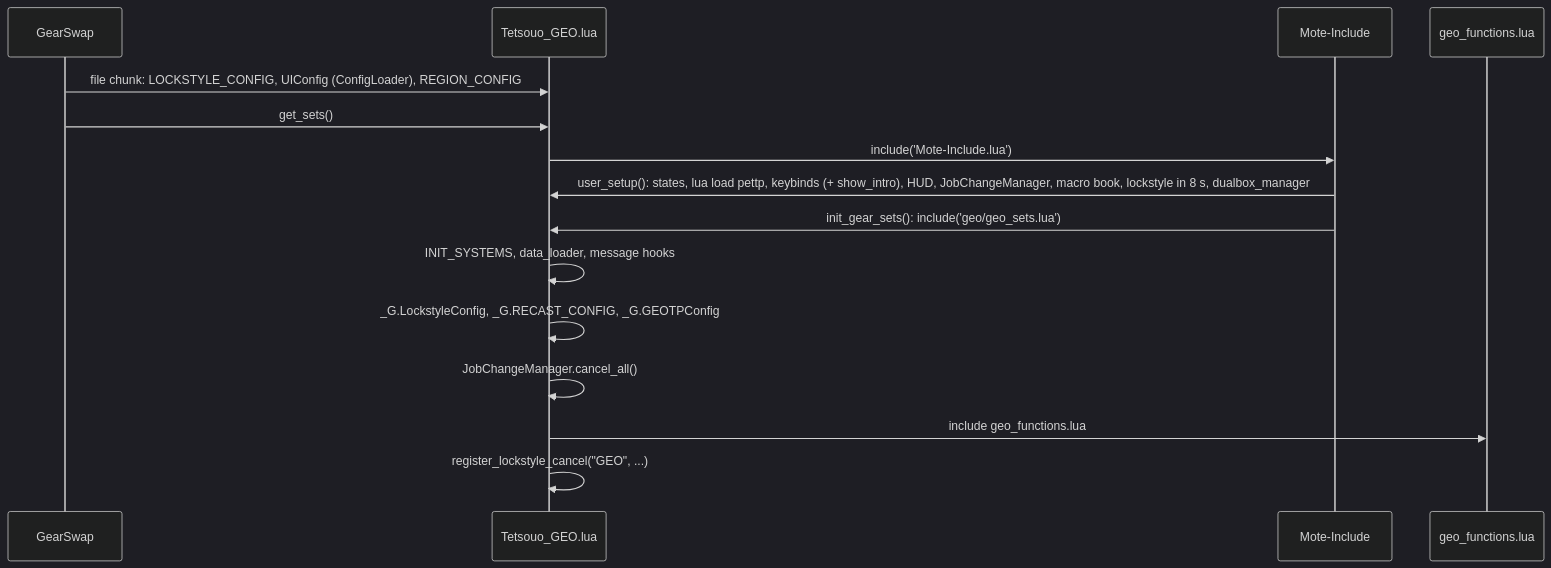
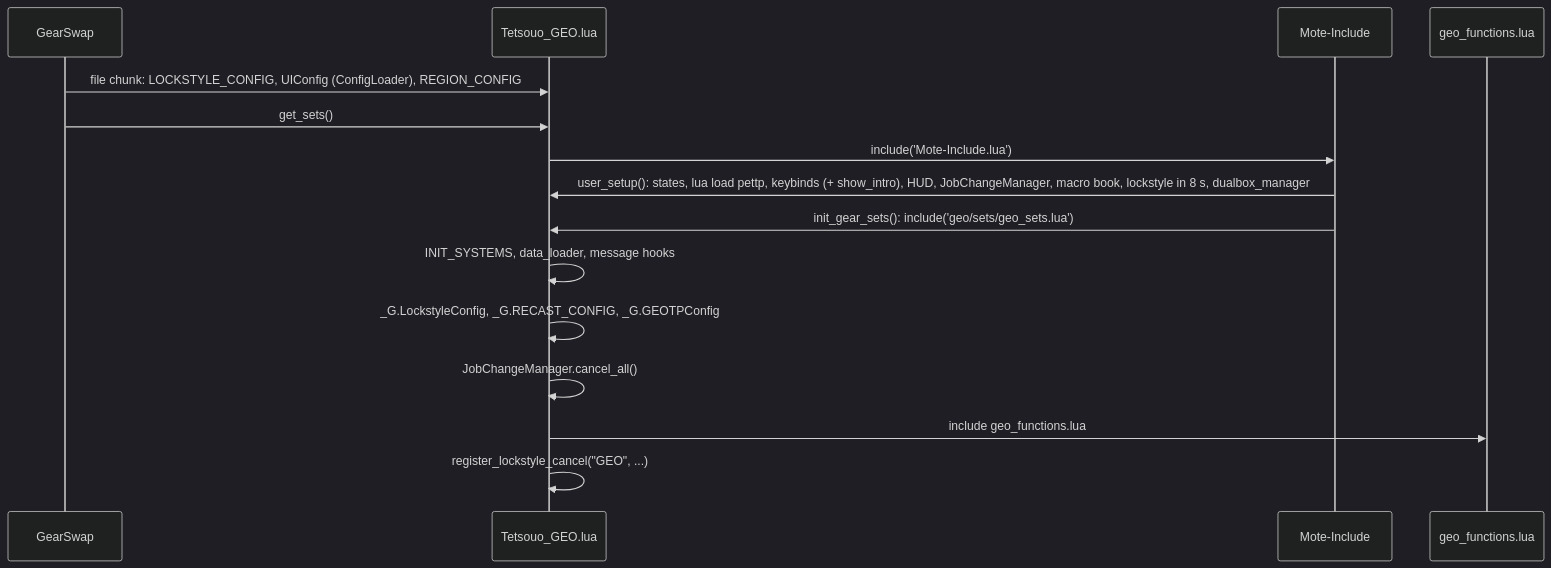
The first of 3 diagrams in docs/dev/jobs/geo.md (ejouanchicot/Gearswap), drawn with Mermaid (dark theme) before and after one commit. The commit also changed other lines of this file and 32 other files, not shown here.

First line of the commit message:
feat(layout): gear in a sets/ folder, apart from the settings

````diff
--- a/docs/dev/jobs/geo.md
+++ b/docs/dev/jobs/geo.md
@@ -88,17 +88,17 @@
 ```mermaid
 sequenceDiagram
     participant GS as GearSwap
     participant E as Tetsouo_GEO.lua
     participant M as Mote-Include
     participant F as geo_functions.lua
     GS->>E: file chunk: LOCKSTYLE_CONFIG, UIConfig (ConfigLoader), REGION_CONFIG
     GS->>E: get_sets()
     E->>M: include('Mote-Include.lua')
     M->>E: user_setup(): states, lua load pettp, keybinds (+ show_intro), HUD, JobChangeManager, macro book, lockstyle in 8 s, dualbox_manager
-    M->>E: init_gear_sets(): include('geo/geo_sets.lua')
+    M->>E: init_gear_sets(): include('geo/sets/geo_sets.lua')
     E->>E: INIT_SYSTEMS, data_loader, message hooks
     E->>E: _G.LockstyleConfig, _G.RECAST_CONFIG, _G.GEOTPConfig
     E->>E: JobChangeManager.cancel_all()
     E->>F: include geo_functions.lua
     E->>E: register_lockstyle_cancel("GEO", ...)
 ```
````
